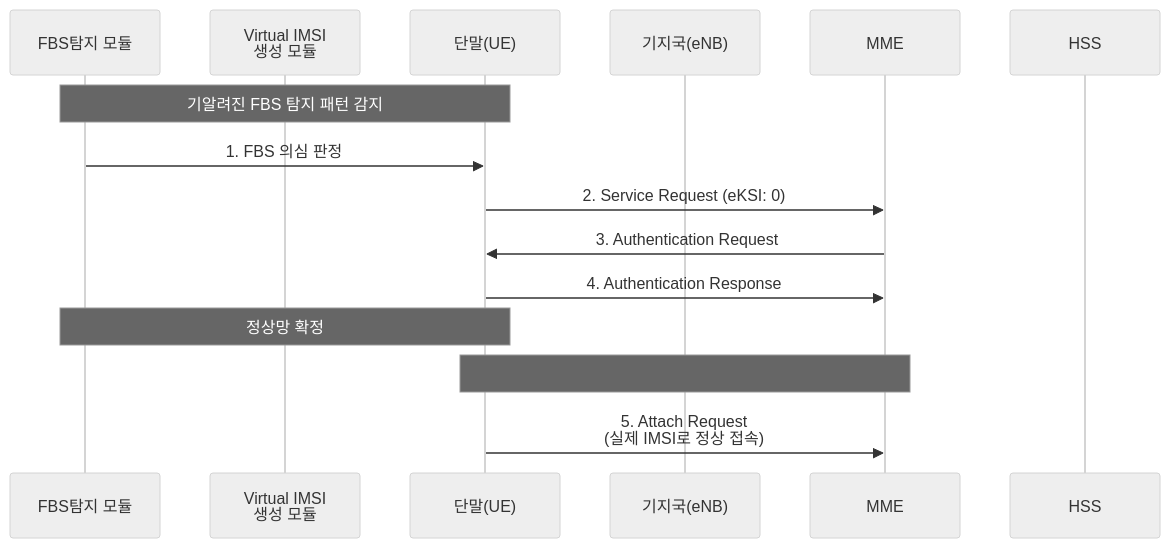
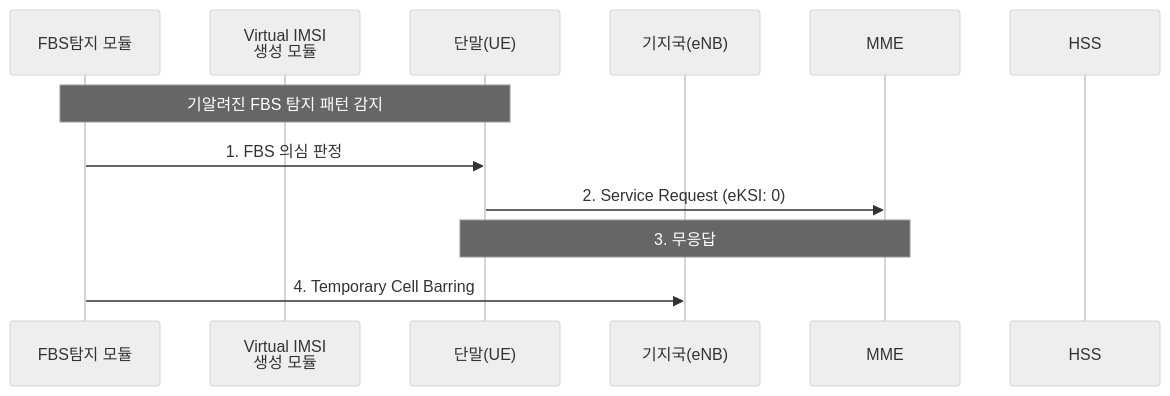
One commit to brianrobo/new-idea-flow changed the first of 2 diagrams in sequence.md. Above: the diagram before and after it, drawn with Mermaid (neutral theme). The commit also changed other lines of this file, not shown here.

````diff
--- a/sequence.md
+++ b/sequence.md
@@ -4,18 +2,15 @@
 ```mermaid
 sequenceDiagram
     participant FBS as FBS탐지 모듈
     participant VIMSI as Virtual IMSI<br/>생성 모듈
     participant UE as 단말(UE)
     participant eNB as 기지국(eNB)
     participant MME as MME
     participant HSS as HSS
 
     Note over FBS,UE: 기알려진 FBS 탐지 패턴 감지
     FBS->>UE: 1. FBS 의심 판정
     UE->>MME: 2. Service Request (eKSI: 0)
-    MME->>UE: 3. Authentication Request
-    UE->>MME: 4. Authentication Response
-    Note over FBS,UE: 정상망 확정
-    Note over UE,MME: #2, #8 수신 시 즉시 Re-attach 가능<br/>(#9, #10 외 Re-attach 가능 동작)
-    UE->>MME: 5. Attach Request<br/>(실제 IMSI로 정상 접속)
+    Note over MME,UE: 3. 무응답
+    FBS->>eNB: 4. Temporary Cell Barring
 ```
````
